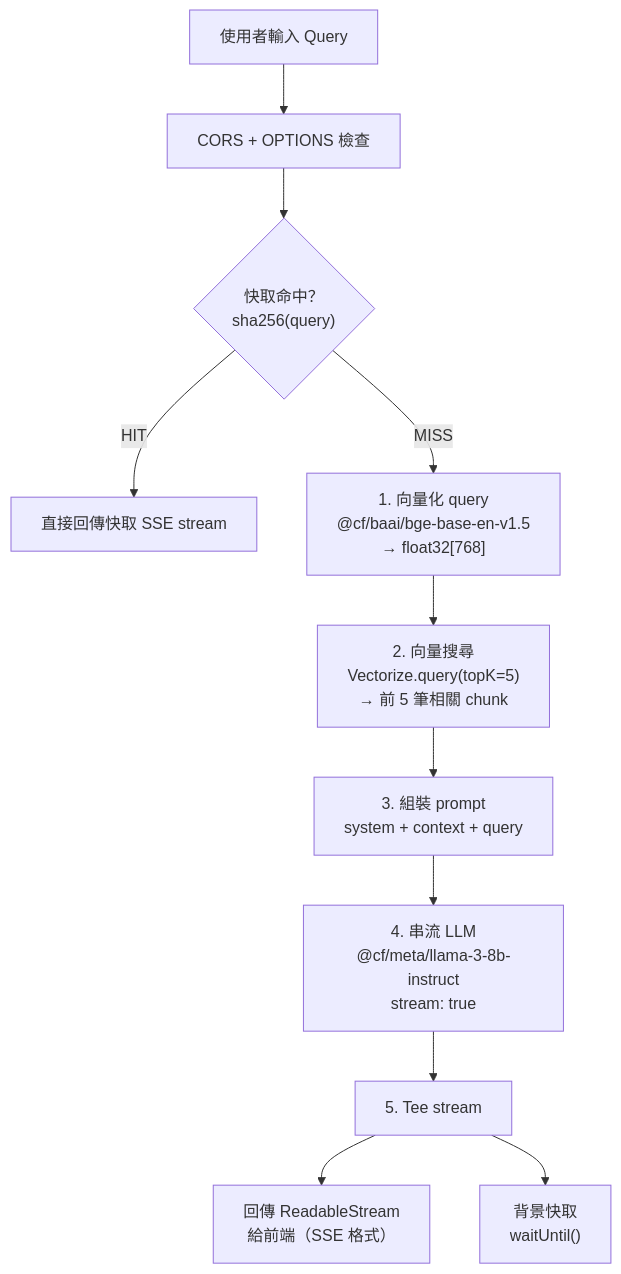
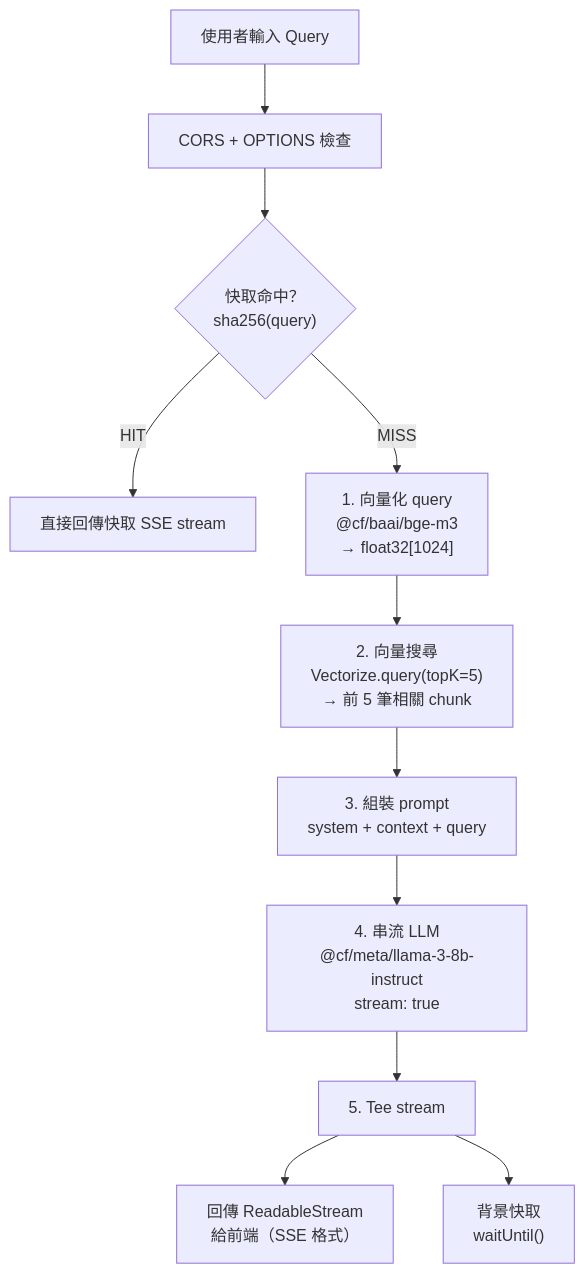
The fourth of 7 diagrams in docs/architecture.md (a920604a/self-reusme-website), drawn with Mermaid before and after one commit. The commit also changed other lines of this file and 4 other files, not shown here.

````diff
--- a/docs/architecture.md
+++ b/docs/architecture.md
@@ -95,15 +95,15 @@
 ```mermaid
 flowchart TD
     Q["使用者輸入 Query"] --> CORS["CORS + OPTIONS 檢查"]
     CORS --> CACHE{"快取命中？\nsha256(query)"}
 
     CACHE -- "HIT" --> CACHED["直接回傳快取 SSE stream"]
 
-    CACHE -- "MISS" --> EMBED["1. 向量化 query\n@cf/baai/bge-base-en-v1.5\n→ float32[768]"]
+    CACHE -- "MISS" --> EMBED["1. 向量化 query\n@cf/baai/bge-m3\n→ float32[1024]"]
     EMBED --> SEARCH["2. 向量搜尋\nVectorize.query(topK=5)\n→ 前 5 筆相關 chunk"]
     SEARCH --> PROMPT["3. 組裝 prompt\nsystem + context + query"]
     PROMPT --> LLM["4. 串流 LLM\n@cf/meta/llama-3-8b-instruct\nstream: true"]
     LLM --> TEE["5. Tee stream"]
     TEE --> CLIENT["回傳 ReadableStream\n給前端（SSE 格式）"]
     TEE --> STORE["背景快取\nwaitUntil()"]
 ```
````
